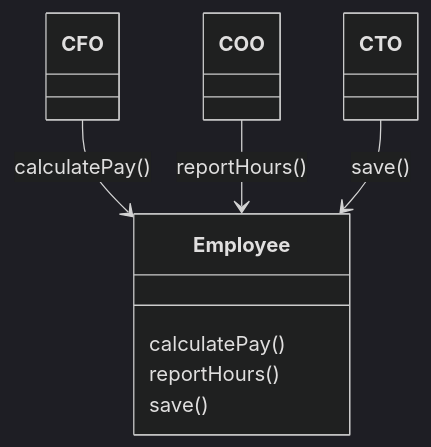
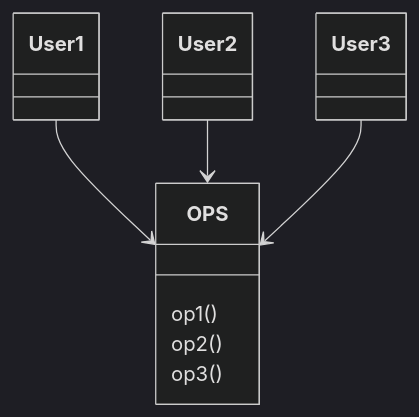
One commit to jhk-im/clean-architecture changed the first of 2 diagrams in clean-architecture/chapter10/README.md. Above: the diagram before and after it, drawn with Mermaid (dark theme). The commit also changed other lines of this file and 4 other files, not shown here.

````diff
--- a/clean-architecture/chapter10/README.md
+++ b/clean-architecture/chapter10/README.md
@@ -38,11 +5,11 @@
 ```mermaid
 classDiagram
-class Employee {
-    calculatePay()
-    reportHours()
-    save()
+class OPS {
+    op1()
+    op2()
+    op3()
 }
-CFO --> Employee : calculatePay()
-COO --> Employee : reportHours()
-CTO --> Employee : save()
+User1 --> OPS
+User2 --> OPS
+User3 --> OPS
 ```
````
